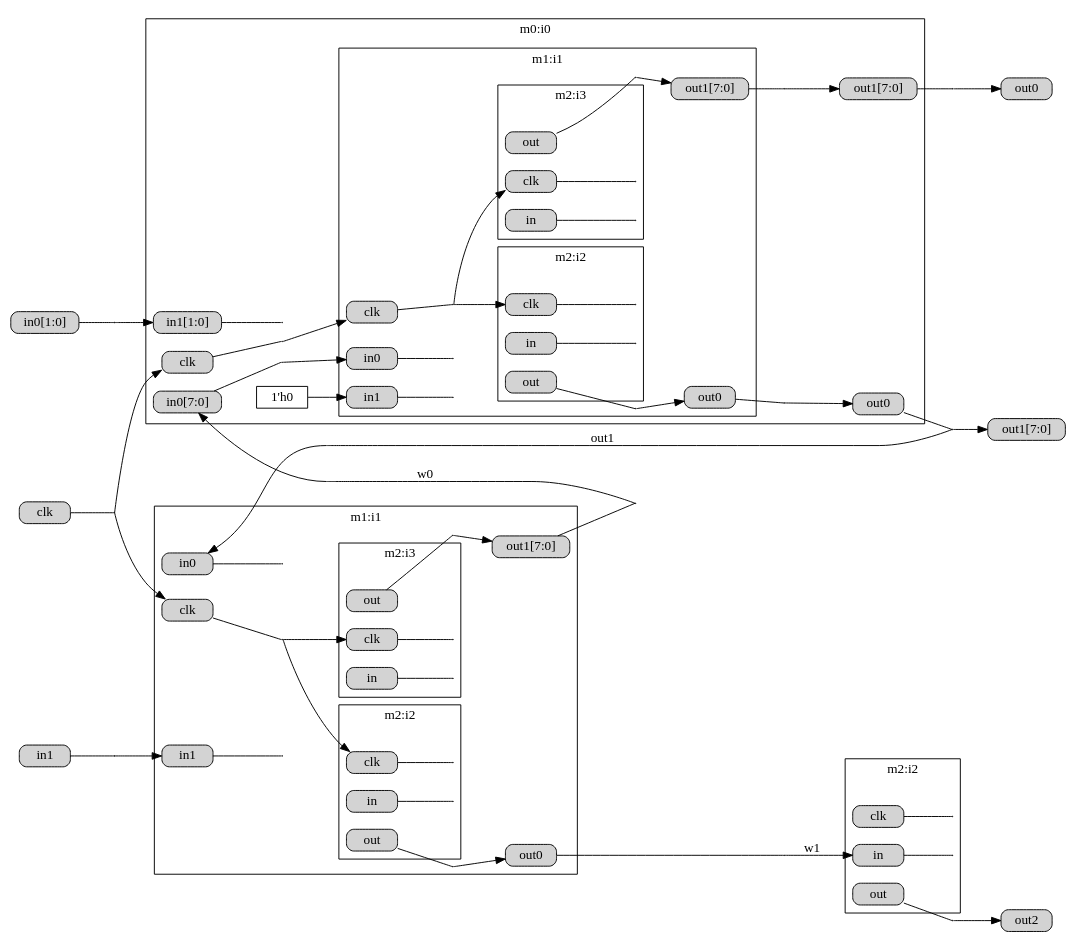
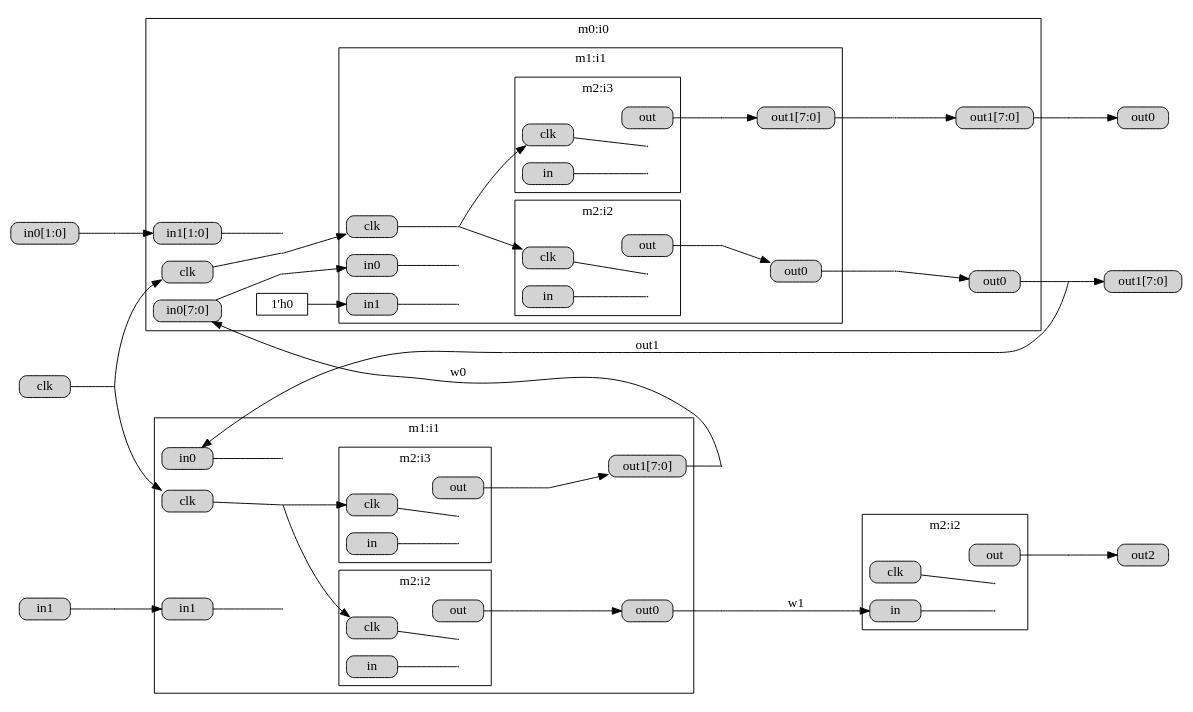
Before and after one commit to takata150802/netlistracer: the diagram in out.dot, drawn with Graphviz. The commit also changed 1 other file, not shown here.

Commit message:
[add] dummy edge for dot layout, tmp<0-xxx> -> output_port [style = invis]

```diff
--- a/out.dot
+++ b/out.dot
@@ -1,173 +1,184 @@
 
 digraph {
     rankdir="LR";
     overlap = false;
     splines = true;
     node [shape = box, height=0.1];
     edge [labelfloat=false];
 
 subgraph cluster0 {
   graph [label = "m0:i0"];
 tmp0[width=0.0, height=0.0, shape=point];
 subgraph cluster1 {
   graph [label = "m1:i1"];
 tmp1[width=0.0, height=0.0, shape=point];
 subgraph cluster2 {
   graph [label = "m2:i2"];
 tmp2[width=0.0, height=0.0, shape=point];
 _i0_i1_i2_clk[label = "clk", style = "rounded,filled"];
 _i0_i1_i2_in[label = "in", style = "rounded,filled"];
 _i0_i1_i2_out[label = "out", style = "rounded,filled"];
 _i0_i1_i2_clk_input_br[width=0.01, height=0.01, shape=point];
 _i0_i1_i2_clk -> _i0_i1_i2_clk_input_br[dir = none];
 _i0_i1_i2_in_input_br[width=0.01, height=0.01, shape=point];
 _i0_i1_i2_in -> _i0_i1_i2_in_input_br[dir = none];
 }
 _i0_i1_i2_out_output_br[width=0.01, height=0.01, shape=point];
-_i0_i1_i2_out -> _i0_i1_i2_out_output_br[dir = none];
+_i0_i1_i2_out -> _i0_i1_i2_out_output_br[dir = none, weight = 10];
+tmp2 -> _i0_i1_i2_out[dir = none, style=invis, weight = 0, labelfloat = true];
 subgraph cluster3 {
   graph [label = "m2:i3"];
 tmp3[width=0.0, height=0.0, shape=point];
 _i0_i1_i3_clk[label = "clk", style = "rounded,filled"];
 _i0_i1_i3_in[label = "in", style = "rounded,filled"];
 _i0_i1_i3_out[label = "out", style = "rounded,filled"];
 _i0_i1_i3_clk_input_br[width=0.01, height=0.01, shape=point];
 _i0_i1_i3_clk -> _i0_i1_i3_clk_input_br[dir = none];
 _i0_i1_i3_in_input_br[width=0.01, height=0.01, shape=point];
 _i0_i1_i3_in -> _i0_i1_i3_in_input_br[dir = none];
 }
 _i0_i1_i3_out_output_br[width=0.01, height=0.01, shape=point];
-_i0_i1_i3_out -> _i0_i1_i3_out_output_br[dir = none];
+_i0_i1_i3_out -> _i0_i1_i3_out_output_br[dir = none, weight = 10];
+tmp3 -> _i0_i1_i3_out[dir = none, style=invis, weight = 0, labelfloat = true];
 _i0_i1_clk[label = "clk", style = "rounded,filled"];
 _i0_i1_in0[label = "in0", style = "rounded,filled"];
 _i0_i1_in1[label = "in1", style = "rounded,filled"];
 _i0_i1_out0[label = "out0", style = "rounded,filled"];
 _i0_i1_out1[label = "out1[7:0]", style = "rounded,filled"];
 _i0_i1_clk_input_br[width=0.01, height=0.01, shape=point];
 _i0_i1_clk -> _i0_i1_clk_input_br[dir = none];
 _i0_i1_in0_input_br[width=0.01, height=0.01, shape=point];
 _i0_i1_in0 -> _i0_i1_in0_input_br[dir = none];
 _i0_i1_in1_input_br[width=0.01, height=0.01, shape=point];
 _i0_i1_in1 -> _i0_i1_in1_input_br[dir = none];
 _i0_i1_i2_out_output_br -> _i0_i1_out0[label = ""];
 _i0_i1_i3_out_output_br -> _i0_i1_out1[label = ""];
 _i0_i1_clk_input_br -> _i0_i1_i2_clk[label = " "];
 _i0_i1_clk_input_br -> _i0_i1_i3_clk[label = " "];
 }
 _i0_i1_out0_output_br[width=0.01, height=0.01, shape=point];
-_i0_i1_out0 -> _i0_i1_out0_output_br[dir = none];
+_i0_i1_out0 -> _i0_i1_out0_output_br[dir = none, weight = 10];
+tmp1 -> _i0_i1_out0[dir = none, style=invis, weight = 0, labelfloat = true];
 _i0_i1_out1_output_br[width=0.01, height=0.01, shape=point];
-_i0_i1_out1 -> _i0_i1_out1_output_br[dir = none];
+_i0_i1_out1 -> _i0_i1_out1_output_br[dir = none, weight = 10];
+tmp1 -> _i0_i1_out1[dir = none, style=invis, weight = 0, labelfloat = true];
 _i0_clk[label = "clk", style = "rounded,filled"];
 _i0_in0[label = "in0[7:0]", style = "rounded,filled"];
 _i0_in1[label = "in1[1:0]", style = "rounded,filled"];
 _i0_out0[label = "out0", style = "rounded,filled"];
 _i0_out1[label = "out1[7:0]", style = "rounded,filled"];
 _i0_clk_input_br[width=0.01, height=0.01, shape=point];
 _i0_clk -> _i0_clk_input_br[dir = none];
 _i0_in0_input_br[width=0.01, height=0.01, shape=point];
 _i0_in0 -> _i0_in0_input_br[dir = none];
 _i0_in1_input_br[width=0.01, height=0.01, shape=point];
 _i0_in1 -> _i0_in1_input_br[dir = none];
 _i0_i1_out0_output_br -> _i0_out0[label = ""];
 _i0_i1_out1_output_br -> _i0_out1[label = ""];
 _i0_clk_input_br -> _i0_i1_clk[label = " "];
 _i0_in0_input_br -> _i0_i1_in0[label = " "];
 _i0_const_i1in1[label = "1'h0"];
 _i0_const_i1in1 -> _i0_i1_in1[label = " "];
 }
 _i0_out0_output_br[width=0.01, height=0.01, shape=point];
-_i0_out0 -> _i0_out0_output_br[dir = none];
+_i0_out0 -> _i0_out0_output_br[dir = none, weight = 10];
+tmp0 -> _i0_out0[dir = none, style=invis, weight = 0, labelfloat = true];
 _i0_out1_output_br[width=0.01, height=0.01, shape=point];
-_i0_out1 -> _i0_out1_output_br[dir = none];
+_i0_out1 -> _i0_out1_output_br[dir = none, weight = 10];
+tmp0 -> _i0_out1[dir = none, style=invis, weight = 0, labelfloat = true];
 subgraph cluster4 {
   graph [label = "m1:i1"];
 tmp4[width=0.0, height=0.0, shape=point];
 subgraph cluster5 {
   graph [label = "m2:i2"];
 tmp5[width=0.0, height=0.0, shape=point];
 _i1_i2_clk[label = "clk", style = "rounded,filled"];
 _i1_i2_in[label = "in", style = "rounded,filled"];
 _i1_i2_out[label = "out", style = "rounded,filled"];
 _i1_i2_clk_input_br[width=0.01, height=0.01, shape=point];
 _i1_i2_clk -> _i1_i2_clk_input_br[dir = none];
 _i1_i2_in_input_br[width=0.01, height=0.01, shape=point];
 _i1_i2_in -> _i1_i2_in_input_br[dir = none];
 }
 _i1_i2_out_output_br[width=0.01, height=0.01, shape=point];
-_i1_i2_out -> _i1_i2_out_output_br[dir = none];
+_i1_i2_out -> _i1_i2_out_output_br[dir = none, weight = 10];
+tmp5 -> _i1_i2_out[dir = none, style=invis, weight = 0, labelfloat = true];
 subgraph cluster6 {
   graph [label = "m2:i3"];
 tmp6[width=0.0, height=0.0, shape=point];
 _i1_i3_clk[label = "clk", style = "rounded,filled"];
 _i1_i3_in[label = "in", style = "rounded,filled"];
 _i1_i3_out[label = "out", style = "rounded,filled"];
 _i1_i3_clk_input_br[width=0.01, height=0.01, shape=point];
 _i1_i3_clk -> _i1_i3_clk_input_br[dir = none];
 _i1_i3_in_input_br[width=0.01, height=0.01, shape=point];
 _i1_i3_in -> _i1_i3_in_input_br[dir = none];
 }
 _i1_i3_out_output_br[width=0.01, height=0.01, shape=point];
-_i1_i3_out -> _i1_i3_out_output_br[dir = none];
+_i1_i3_out -> _i1_i3_out_output_br[dir = none, weight = 10];
+tmp6 -> _i1_i3_out[dir = none, style=invis, weight = 0, labelfloat = true];
 _i1_clk[label = "clk", style = "rounded,filled"];
 _i1_in0[label = "in0", style = "rounded,filled"];
 _i1_in1[label = "in1", style = "rounded,filled"];
 _i1_out0[label = "out0", style = "rounded,filled"];
 _i1_out1[label = "out1[7:0]", style = "rounded,filled"];
 _i1_clk_input_br[width=0.01, height=0.01, shape=point];
 _i1_clk -> _i1_clk_input_br[dir = none];
 _i1_in0_input_br[width=0.01, height=0.01, shape=point];
 _i1_in0 -> _i1_in0_input_br[dir = none];
 _i1_in1_input_br[width=0.01, height=0.01, shape=point];
 _i1_in1 -> _i1_in1_input_br[dir = none];
 _i1_i2_out_output_br -> _i1_out0[label = ""];
 _i1_i3_out_output_br -> _i1_out1[label = ""];
 _i1_clk_input_br -> _i1_i2_clk[label = " "];
 _i1_clk_input_br -> _i1_i3_clk[label = " "];
 }
 _i1_out0_output_br[width=0.01, height=0.01, shape=point];
-_i1_out0 -> _i1_out0_output_br[dir = none];
+_i1_out0 -> _i1_out0_output_br[dir = none, weight = 10];
+tmp4 -> _i1_out0[dir = none, style=invis, weight = 0, labelfloat = true];
 _i1_out1_output_br[width=0.01, height=0.01, shape=point];
-_i1_out1 -> _i1_out1_output_br[dir = none];
+_i1_out1 -> _i1_out1_output_br[dir = none, weight = 10];
+tmp4 -> _i1_out1[dir = none, style=invis, weight = 0, labelfloat = true];
 subgraph cluster7 {
   graph [label = "m2:i2"];
 tmp7[width=0.0, height=0.0, shape=point];
 _i2_clk[label = "clk", style = "rounded,filled"];
 _i2_in[label = "in", style = "rounded,filled"];
 _i2_out[label = "out", style = "rounded,filled"];
 _i2_clk_input_br[width=0.01, height=0.01, shape=point];
 _i2_clk -> _i2_clk_input_br[dir = none];
 _i2_in_input_br[width=0.01, height=0.01, shape=point];
 _i2_in -> _i2_in_input_br[dir = none];
 }
 _i2_out_output_br[width=0.01, height=0.01, shape=point];
-_i2_out -> _i2_out_output_br[dir = none];
+_i2_out -> _i2_out_output_br[dir = none, weight = 10];
+tmp7 -> _i2_out[dir = none, style=invis, weight = 0, labelfloat = true];
 _clk[label = "clk", style = "rounded,filled"];
 _in0[label = "in0[1:0]", style = "rounded,filled"];
 _in1[label = "in1", style = "rounded,filled"];
 _out0[label = "out0", style = "rounded,filled"];
 _out1[label = "out1[7:0]", style = "rounded,filled"];
 _out2[label = "out2", style = "rounded,filled"];
 _clk_input_br[width=0.01, height=0.01, shape=point];
 _clk -> _clk_input_br[dir = none];
 _in0_input_br[width=0.01, height=0.01, shape=point];
 _in0 -> _in0_input_br[dir = none];
 _in1_input_br[width=0.01, height=0.01, shape=point];
 _in1 -> _in1_input_br[dir = none];
 _i0_out1_output_br -> _out0[label = ""];
 _i0_out0_output_br -> _out1[label = ""];
 _i2_out_output_br -> _out2[label = ""];
 _clk_input_br -> _i0_clk[label = " "];
 _i1_out1_output_br -> _i0_in0[label = "w0"];
 _in0_input_br -> _i0_in1[label = " "];
 _clk_input_br -> _i1_clk[label = " "];
 _i0_out0_output_br -> _i1_in0[label = "out1"];
 _in1_input_br -> _i1_in1[label = " "];
 _i1_out0_output_br -> _i2_in[label = "w1"];
 {rank = min; _clk;}
 {rank = min; _in0;}
 {rank = min; _in1;}
 {rank = max; _out0;}
 {rank = max; _out1;}
 {rank = max; _out2;}
 }
```
